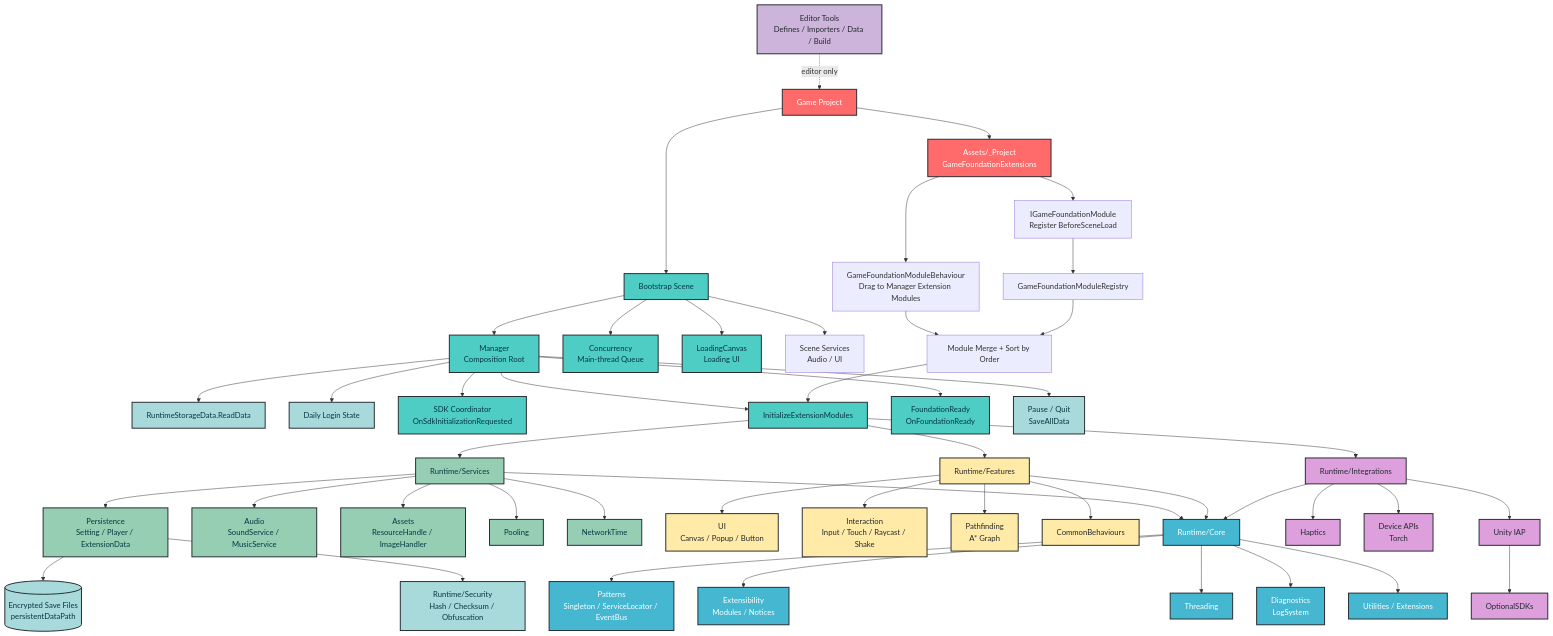
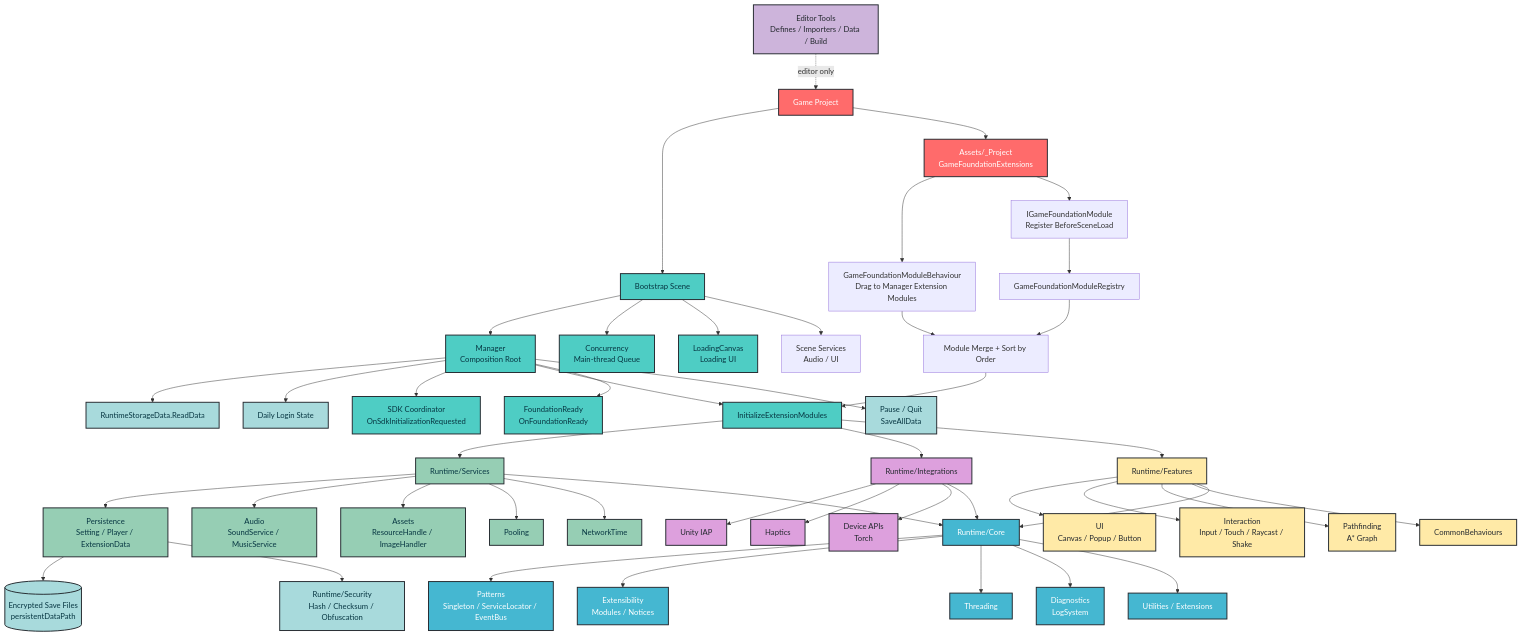
Before and after one commit to PocketPlay-Interactive/_GameFoundation: the diagram in README.md, drawn with Mermaid. The commit also changed other lines of this file and 364 other files, not shown here.

````diff
--- a/README.md
+++ b/README.md
@@ -81,76 +81,75 @@
 ```mermaid
 flowchart TD
     Project[Game Project] --> Scene[Bootstrap Scene]
     Project --> ProjectExt[Assets/_Project<br/>GameFoundationExtensions]
 
     Scene --> Manager[Manager<br/>Composition Root]
     Scene --> Concurrency[Concurrency<br/>Main-thread Queue]
     Scene --> Loading[LoadingCanvas<br/>Loading UI]
     Scene --> OptionalSceneServices[Scene Services<br/>Audio / UI]
 
     Manager --> ReadSave[RuntimeStorageData.ReadData]
     Manager --> LoginState[Daily Login State]
     Manager --> SdkCoordinator[SDK Coordinator<br/>OnSdkInitializationRequested]
     Manager --> ModuleInit[InitializeExtensionModules]
     Manager --> FoundationReady[FoundationReady<br/>OnFoundationReady]
     Manager --> PauseQuit[Pause / Quit<br/>SaveAllData]
 
     ProjectExt --> MonoModules[GameFoundationModuleBehaviour<br/>Drag to Manager Extension Modules]
     ProjectExt --> RuntimeModules[IGameFoundationModule<br/>Register BeforeSceneLoad]
     MonoModules --> ModuleRegistryMerge[Module Merge + Sort by Order]
     RuntimeModules --> Registry[GameFoundationModuleRegistry]
     Registry --> ModuleRegistryMerge
     ModuleRegistryMerge --> ModuleInit
 
     ModuleInit --> Services[Runtime/Services]
     ModuleInit --> Integrations[Runtime/Integrations]
     ModuleInit --> Features[Runtime/Features]
 
     Services --> Persistence[Persistence<br/>Setting / Player / ExtensionData]
     Services --> Audio[Audio<br/>SoundService / MusicService]
     Services --> AssetsService[Assets<br/>ResourceHandle / ImageHandler]
     Services --> Pooling[Pooling]
     Services --> NetworkTime[NetworkTime]
 
     Features --> UI[UI<br/>Canvas / Popup / Button]
     Features --> Interaction[Interaction<br/>Input / Touch / Raycast / Shake]
     Features --> Pathfinding[Pathfinding<br/>A* Graph]
     Features --> CommonBehaviours[CommonBehaviours]
 
     Integrations --> IAP[Unity IAP]
     Integrations --> Haptics[Haptics]
     Integrations --> Device[Device APIs<br/>Torch]
 
     Persistence --> SaveFiles[(Encrypted Save Files<br/>persistentDataPath)]
     Persistence --> Security[Runtime/Security<br/>Hash / Checksum / Obfuscation]
-    IAP --> OptionalSDKs
 
     Services --> Core[Runtime/Core]
     Features --> Core
     Integrations --> Core
     Editor[Editor Tools<br/>Defines / Importers / Data / Build] -. editor only .-> Project
 
     Core --> Patterns[Patterns<br/>Singleton / ServiceLocator / EventBus]
     Core --> Extensibility[Extensibility<br/>Modules / Notices]
     Core --> Threading[Threading]
     Core --> Diagnostics[Diagnostics<br/>LogSystem]
     Core --> Utilities[Utilities / Extensions]
 
     classDef project fill:#FF6B6B,stroke:#24292f,stroke-width:2px,color:#fff
     classDef bootstrap fill:#4ECDC4,stroke:#24292f,stroke-width:2px,color:#073642
     classDef core fill:#45B7D1,stroke:#24292f,stroke-width:2px,color:#fff
     classDef services fill:#96CEB4,stroke:#24292f,stroke-width:2px,color:#073642
     classDef features fill:#FFEAA7,stroke:#24292f,stroke-width:2px,color:#24292f
     classDef integrations fill:#DDA0DD,stroke:#24292f,stroke-width:2px,color:#24292f
     classDef data fill:#A8DADC,stroke:#24292f,stroke-width:2px,color:#073642
     classDef editor fill:#CDB4DB,stroke:#24292f,stroke-width:2px,color:#24292f
 
     class Project,ProjectExt project
     class Scene,Manager,Concurrency,Loading,SdkCoordinator,ModuleInit,FoundationReady bootstrap
     class Core,Patterns,Extensibility,Threading,Diagnostics,Utilities core
     class Services,Persistence,Audio,AssetsService,Pooling,NetworkTime services
     class Features,UI,Interaction,Pathfinding,CommonBehaviours features
-    class Integrations,IAP,Haptics,Device,OptionalSDKs integrations
+    class Integrations,IAP,Haptics,Device integrations
     class SaveFiles,Security,ReadSave,LoginState,PauseQuit data
     class Editor editor
 ```
````
